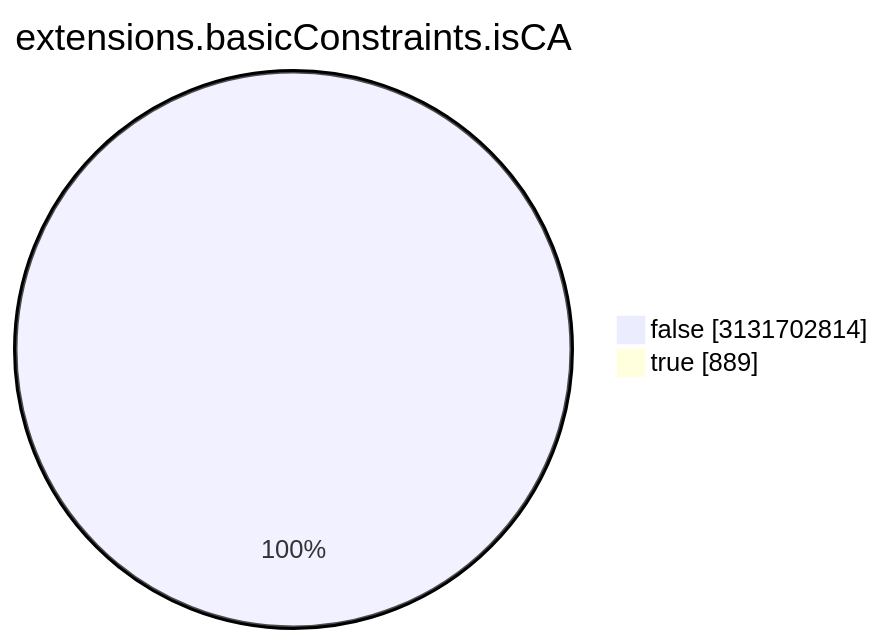
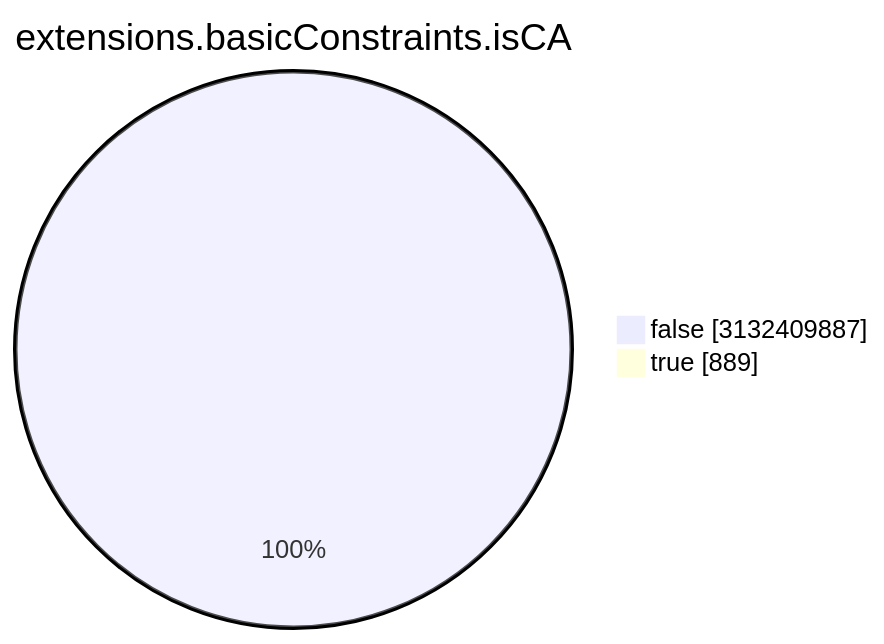
One commit to christiankrug/ctmonitor_visualization changed the seventh of 15 diagrams in TOTAL/README.md. Above: the diagram before and after it, drawn with Mermaid. The commit also changed other lines of this file, not shown here.

````diff
--- a/TOTAL/README.md
+++ b/TOTAL/README.md
@@ -3088,6 +3088,6 @@
 ```mermaid
 pie showData
 title extensions.basicConstraints.isCA
-"false" :3131702814
+"false" :3132409887
 "true" :889
 ```
````
